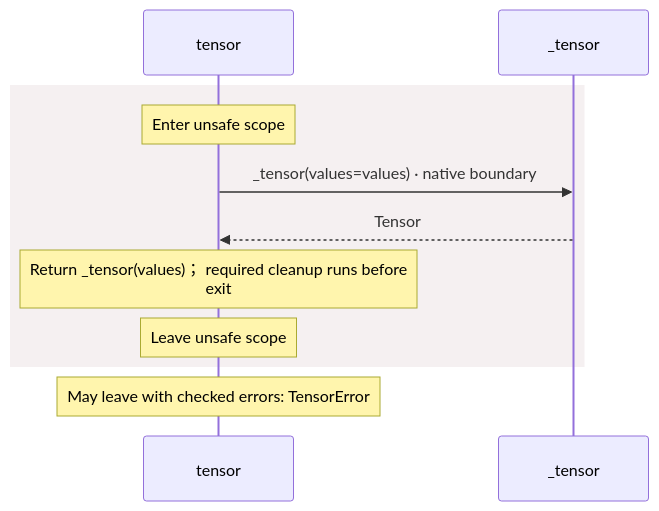
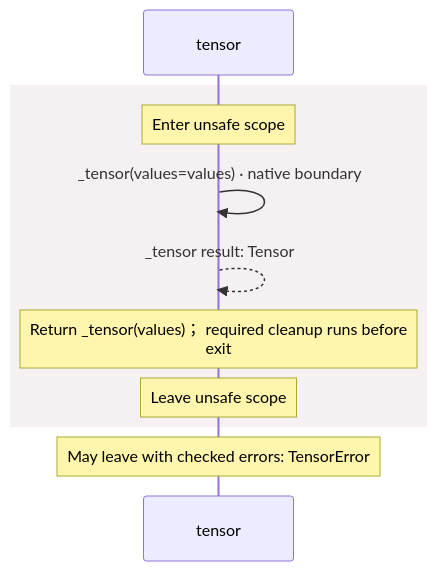
One commit to GreenPandaStudios/augscript changed the second of 7 diagrams in docs/examples/native-pytorch/dependencies/packages/@greenpandastudios/aug-pytorch/0.1.6/api-diagrams.md. Above: the diagram before and after it, drawn with Mermaid. The commit also changed other lines of this file and 304 other files, not shown here.

Commit message:
Make generated data-flow sequences concise and review every diagram

````diff
--- a/docs/examples/native-pytorch/dependencies/packages/@greenpandastudios/aug-pytorch/0.1.6/api-diagrams.md
+++ b/docs/examples/native-pytorch/dependencies/packages/@greenpandastudios/aug-pytorch/0.1.6/api-diagrams.md
@@ -97,13 +72,13 @@
 ```mermaid
 sequenceDiagram
     participant p0 as tensor
-    participant p1 as _tensor
+
     rect rgb(245, 240, 241)
     Note over p0: Enter unsafe scope
-    p0->>p1: _tensor(values=values) · native boundary
-    p1-->>p0: Tensor
+    p0->>p0: _tensor(values=values) · native boundary
+    p0-->>p0: _tensor result: Tensor
     Note over p0: Return _tensor(values)； required cleanup runs before<br/>exit
     Note over p0: Leave unsafe scope
     end
     Note over p0: May leave with checked errors: TensorError
 ```
````
